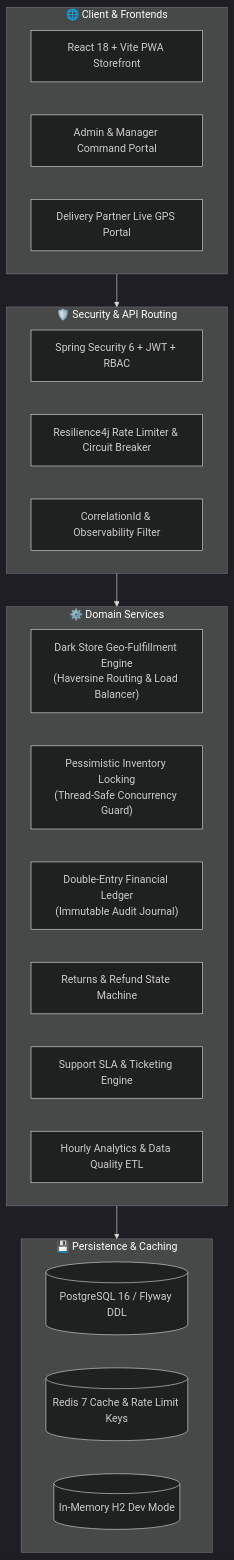
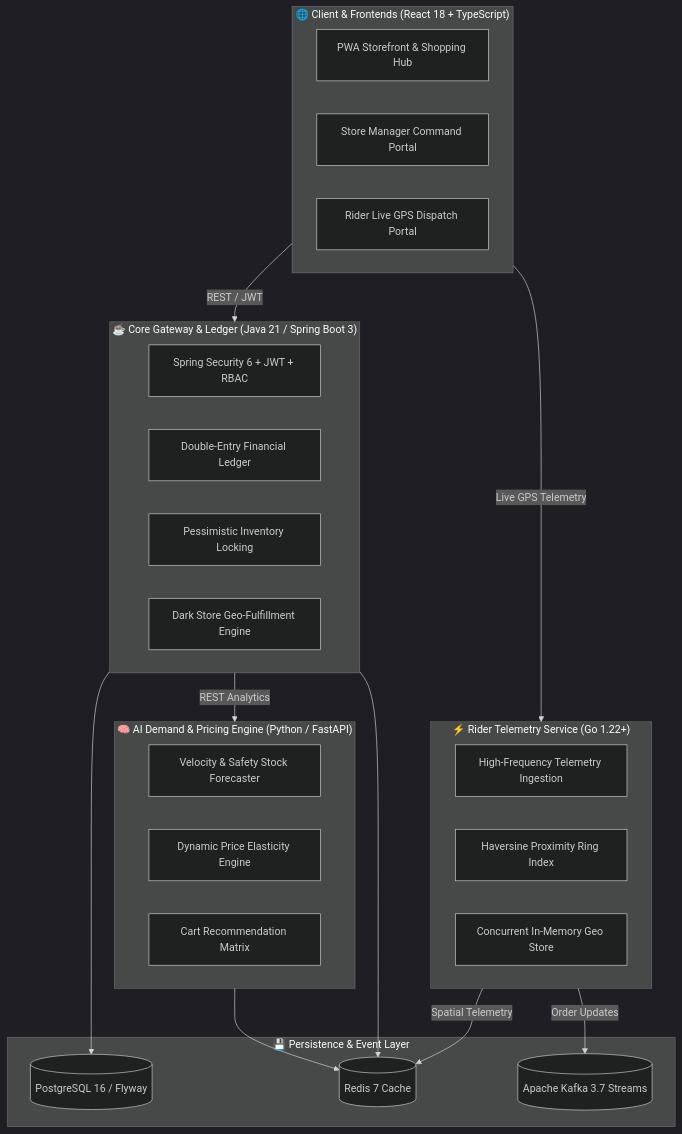
Before and after one commit to riya292100/new: the diagram in README.md, drawn with Mermaid (dark theme). The commit also changed other lines of this file and 26 other files, not shown here.

Commit message:
feat(polyglot): add Python AI demand forecasting engine, Go spatial telemetry service, and TypeScript domain contracts

````diff
--- a/README.md
+++ b/README.md
@@ -33,33 +35,42 @@
 ```mermaid
 flowchart TD
-    subgraph ClientLayer["🌐 Client & Frontends"]
-        PWA["React 18 + Vite PWA Storefront"]
-        AdminPortal["Admin & Manager Command Portal"]
-        DriverApp["Delivery Partner Live GPS Portal"]
+    subgraph ClientLayer["🌐 Client & Frontends (React 18 + TypeScript)"]
+        PWA["PWA Storefront & Shopping Hub"]
+        AdminPortal["Store Manager Command Portal"]
+        DriverApp["Rider Live GPS Dispatch Portal"]
     end
 
-    subgraph GatewayLayer["🛡️ Security & API Routing"]
+    subgraph CoreBackend["☕ Core Gateway & Ledger (Java 21 / Spring Boot 3)"]
         Security["Spring Security 6 + JWT + RBAC"]
-        RateLimiter["Resilience4j Rate Limiter & Circuit Breaker"]
-        MDC["CorrelationId & Observability Filter"]
+        Ledger["Double-Entry Financial Ledger"]
+        Inventory["Pessimistic Inventory Locking"]
+        StoreFulfillment["Dark Store Geo-Fulfillment Engine"]
     end
 
-    subgraph ServiceLayer["⚙️ Domain Services"]
-        GeoStore["Dark Store Geo-Fulfillment Engine\n(Haversine Routing & Load Balancer)"]
-        Inventory["Pessimistic Inventory Locking\n(Thread-Safe Concurrency Guard)"]
-        Ledger["Double-Entry Financial Ledger\n(Immutable Audit Journal)"]
-        Returns["Returns & Refund State Machine"]
-        Support["Support SLA & Ticketing Engine"]
-        ETL["Hourly Analytics & Data Quality ETL"]
+    subgraph PythonAIService["🧠 AI Demand & Pricing Engine (Python / FastAPI)"]
+        DemandML["Velocity & Safety Stock Forecaster"]
+        SurgeOptimizer["Dynamic Price Elasticity Engine"]
+        CoOccurrenceGraph["Cart Recommendation Matrix"]
     end
 
-    subgraph DataLayer["💾 Persistence & Caching"]
-        Postgres[(PostgreSQL 16 / Flyway DDL)]
-        RedisCache[(Redis 7 Cache & Rate Limit Keys)]
-        H2Mem[(In-Memory H2 Dev Mode)]
+    subgraph GoTelemetryService["⚡ Rider Telemetry Service (Go 1.22+)"]
+        GPSIngestion["High-Frequency Telemetry Ingestion"]
+        SpatialRingFinder["Haversine Proximity Ring Index"]
+        RiderTracker["Concurrent In-Memory Geo Store"]
     end
 
-    ClientLayer --> GatewayLayer
-    GatewayLayer --> ServiceLayer
-    ServiceLayer --> DataLayer
+    subgraph DataPersistence["💾 Persistence & Event Layer"]
+        Postgres[(PostgreSQL 16 / Flyway)]
+        Redis[(Redis 7 Cache)]
+        Kafka[(Apache Kafka 3.7 Streams)]
+    end
+
+    ClientLayer -->|REST / JWT| CoreBackend
+    ClientLayer -->|Live GPS Telemetry| GoTelemetryService
+    CoreBackend -->|REST Analytics| PythonAIService
+    GoTelemetryService -->|Spatial Telemetry| Redis
+    GoTelemetryService -->|Order Updates| Kafka
+    CoreBackend --> Postgres
+    CoreBackend --> Redis
+    PythonAIService --> Redis
 ```
````
